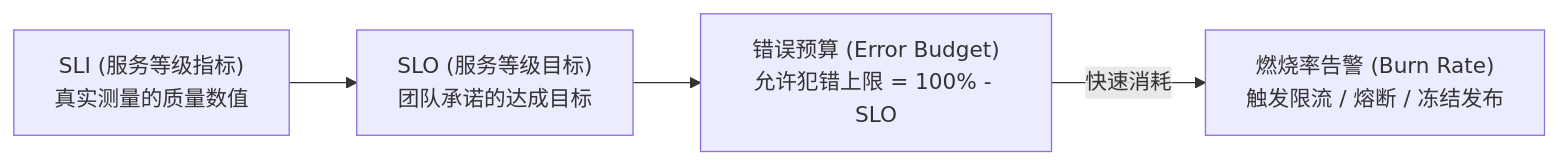
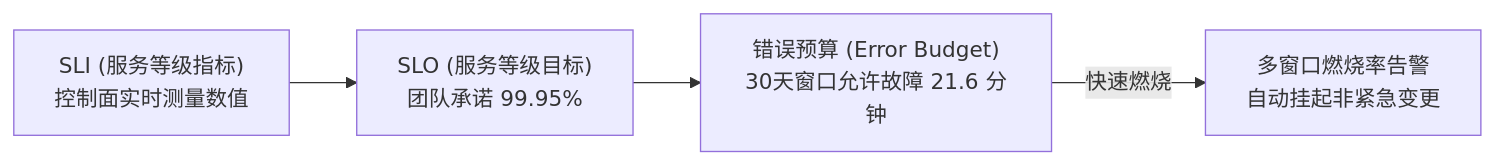
The diagram in docs/08_sre/01_slo_sli_metrics/SLO-SLI-ERROR-BUDGET-MATRIX.md (xaicd/coolie), drawn with Mermaid before and after one commit. The commit also changed other lines of this file and 28 other files, not shown here.

````diff
--- a/docs/08_sre/01_slo_sli_metrics/SLO-SLI-ERROR-BUDGET-MATRIX.md
+++ b/docs/08_sre/01_slo_sli_metrics/SLO-SLI-ERROR-BUDGET-MATRIX.md
@@ -38,6 +36,6 @@
 ```mermaid
 flowchart LR
-    SLI["SLI (服务等级指标)<br/>真实测量的质量数值"] --> SLO["SLO (服务等级目标)<br/>团队承诺的达成目标"]
-    SLO --> EB["错误预算 (Error Budget)<br/>允许犯错上限 = 100% - SLO"]
-    EB -->|快速消耗| BURN["燃烧率告警 (Burn Rate)<br/>触发限流 / 熔断 / 冻结发布"]
+    SLI["SLI (服务等级指标)<br/>控制面实时测量数值"] --> SLO["SLO (服务等级目标)<br/>团队承诺 99.95%"]
+    SLO --> EB["错误预算 (Error Budget)<br/>30天窗口允许故障 21.6 分钟"]
+    EB -->|快速燃烧| BURN["多窗口燃烧率告警<br/>自动挂起非紧急变更"]
 ```
````
